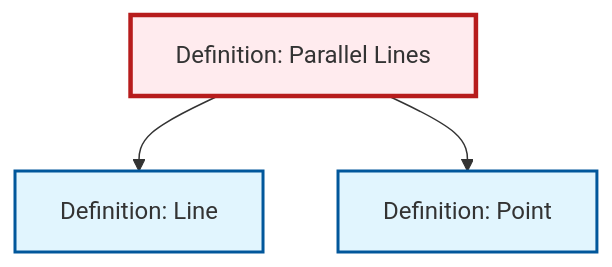
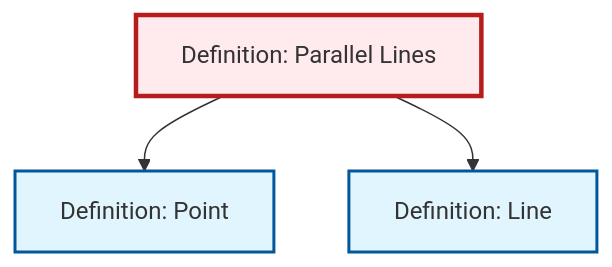
The diagram in content/ja/geometry/def-parallel.qmd (RK0429/ModernMath), drawn with Mermaid before and after one commit. The commit also changed other lines of this file and 597 other files, not shown here.

````diff
--- a/content/ja/geometry/def-parallel.qmd
+++ b/content/ja/geometry/def-parallel.qmd
@@ -88,17 +88,17 @@
 ```{mermaid}
 %%| fig-cap: "Local dependency graph"
 graph TD
     classDef definition fill:#e1f5fe,stroke:#01579b,stroke-width:2px
     classDef theorem fill:#f3e5f5,stroke:#4a148c,stroke-width:2px
     classDef axiom fill:#fff3e0,stroke:#e65100,stroke-width:2px
     classDef example fill:#e8f5e9,stroke:#1b5e20,stroke-width:2px
     classDef current fill:#ffebee,stroke:#b71c1c,stroke-width:3px
     def-parallel["Definition: Parallel Lines"]:::definition
+    def-line["Definition: Line"]:::definition
     def-point["Definition: Point"]:::definition
-    def-line["Definition: Line"]:::definition
+    def-parallel --> def-point
     def-parallel --> def-line
-    def-parallel --> def-point
     class def-parallel current
+    click def-line "def-line.html" "Definition: Lineへ"
     click def-point "def-point.html" "Definition: Pointへ"
-    click def-line "def-line.html" "Definition: Lineへ"
 ```
````
